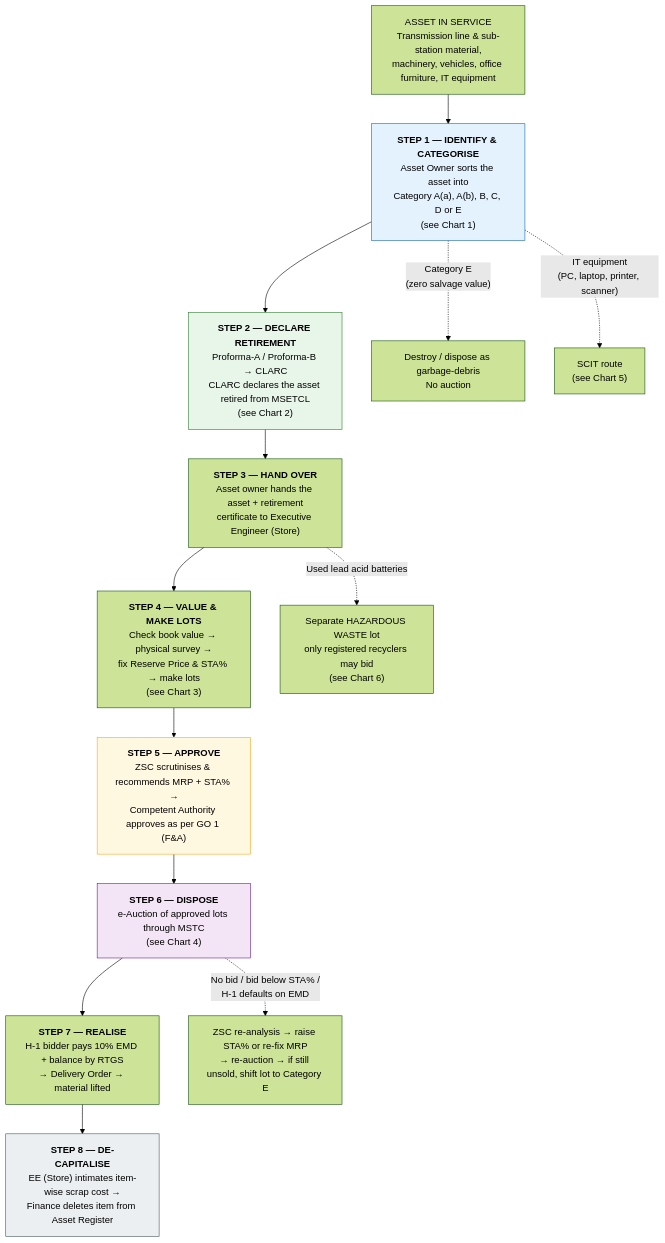
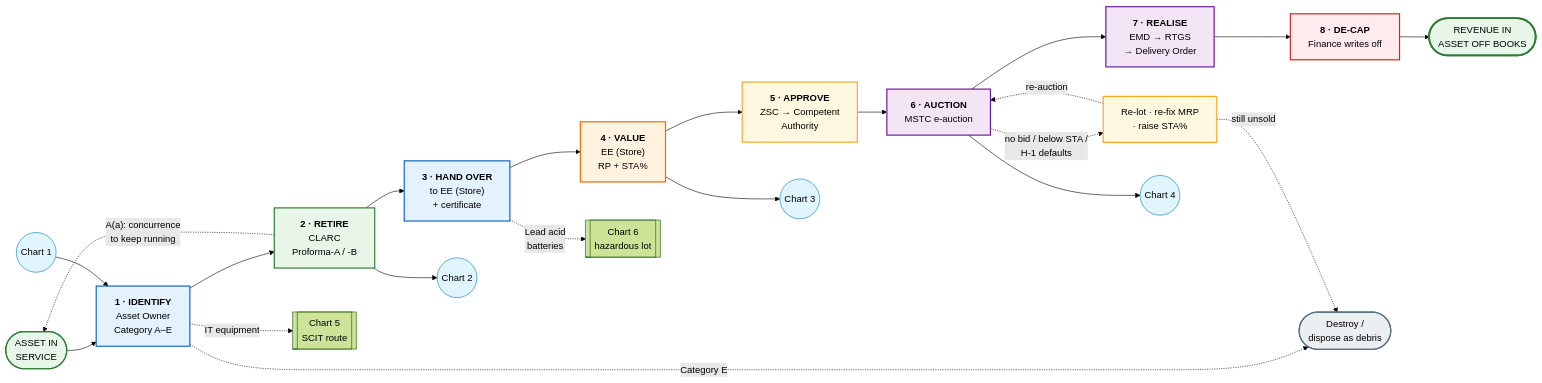
The second of 10 diagrams in docs/flowchart.md (piyush4315/08.09.2026), drawn with Mermaid (forest theme) before and after one commit. The commit also changed other lines of this file and 2 other files, not shown here.

Commit message:
Redraw policy flow charts as diagrammatic flowcharts with standard symbols

````diff
--- a/docs/flowchart.md
+++ b/docs/flowchart.md
@@ -17,23 +51,42 @@
 ```mermaid
-flowchart TD
-    A["ASSET IN SERVICE<br/>Transmission line &amp; sub-station material,<br/>machinery, vehicles, office furniture, IT equipment"]
-    A --> B["<b>STEP 1 — IDENTIFY &amp; CATEGORISE</b><br/>Asset Owner sorts the asset into<br/>Category A(a), A(b), B, C, D or E<br/>(see Chart 1)"]
-    B --> C["<b>STEP 2 — DECLARE RETIREMENT</b><br/>Proforma-A / Proforma-B → CLARC<br/>CLARC declares the asset retired from MSETCL<br/>(see Chart 2)"]
-    C --> D["<b>STEP 3 — HAND OVER</b><br/>Asset owner hands the asset + retirement<br/>certificate to Executive Engineer (Store)"]
-    D --> E["<b>STEP 4 — VALUE &amp; MAKE LOTS</b><br/>Check book value → physical survey →<br/>fix Reserve Price &amp; STA% → make lots<br/>(see Chart 3)"]
-    E --> F["<b>STEP 5 — APPROVE</b><br/>ZSC scrutinises &amp; recommends MRP + STA% →<br/>Competent Authority approves as per GO 1 (F&amp;A)"]
-    F --> G["<b>STEP 6 — DISPOSE</b><br/>e-Auction of approved lots through MSTC<br/>(see Chart 4)"]
-    G --> H["<b>STEP 7 — REALISE</b><br/>H-1 bidder pays 10% EMD + balance by RTGS<br/>→ Delivery Order → material lifted"]
-    H --> I["<b>STEP 8 — DE-CAPITALISE</b><br/>EE (Store) intimates item-wise scrap cost →<br/>Finance deletes item from Asset Register"]
+flowchart LR
+    START(["ASSET IN<br/>SERVICE"]) --> S1["<b>1 · IDENTIFY</b><br/>Asset Owner<br/>Category A–E"]
+    S1 --> S2["<b>2 · RETIRE</b><br/>CLARC<br/>Proforma-A / -B"]
+    S2 --> S3["<b>3 · HAND OVER</b><br/>to EE (Store)<br/>+ certificate"]
+    S3 --> S4["<b>4 · VALUE</b><br/>EE (Store)<br/>RP + STA%"]
+    S4 --> S5["<b>5 · APPROVE</b><br/>ZSC → Competent<br/>Authority"]
+    S5 --> S6["<b>6 · AUCTION</b><br/>MSTC e-auction"]
+    S6 --> S7["<b>7 · REALISE</b><br/>EMD → RTGS<br/>→ Delivery Order"]
+    S7 --> S8["<b>8 · DE-CAP</b><br/>Finance writes off"]
+    S8 --> FINISH(["REVENUE IN<br/>ASSET OFF BOOKS"])
 
-    B -.->|"Category E<br/>(zero salvage value)"| X["Destroy / dispose as garbage-debris<br/>No auction"]
-    B -.->|"IT equipment<br/>(PC, laptop, printer, scanner)"| IT["SCIT route<br/>(see Chart 5)"]
-    D -.->|"Used lead acid batteries"| BT["Separate HAZARDOUS WASTE lot<br/>only registered recyclers may bid<br/>(see Chart 6)"]
-    G -.->|"No bid / bid below STA% /<br/>H-1 defaults on EMD"| R["ZSC re-analysis → raise STA% or re-fix MRP<br/>→ re-auction → if still unsold, shift lot to Category E"]
+    S2 -.->|"A(a): concurrence<br/>to keep running"| START
+    S1 -.->|"Category E"| KILL(["Destroy /<br/>dispose as debris"])
+    S1 -.->|"IT equipment"| IT[["Chart 5<br/>SCIT route"]]
+    S3 -.->|"Lead acid<br/>batteries"| HAZ[["Chart 6<br/>hazardous lot"]]
+    S6 -.->|"no bid / below STA /<br/>H-1 defaults"| RE["Re-lot · re-fix MRP<br/>· raise STA%"]
+    RE -.->|"re-auction"| S6
+    RE -.->|"still unsold"| KILL
 
-    style B fill:#e3f2fd,stroke:#1565c0
-    style C fill:#e8f5e9,stroke:#2e7d32
-    style F fill:#fff8e1,stroke:#f9a825
-    style G fill:#f3e5f5,stroke:#6a1b9a
-    style I fill:#eceff1,stroke:#455a64
+    START2(("Chart 1")) --> S1
+    S2 --> C2(("Chart 2"))
+    S4 --> C3(("Chart 3"))
+    S6 --> C4(("Chart 4"))
+
+    style S1 fill:#e3f2fd,stroke:#1565c0,stroke-width:2px
+    style S2 fill:#e8f5e9,stroke:#2e7d32,stroke-width:2px
+    style S3 fill:#e3f2fd,stroke:#1565c0,stroke-width:2px
+    style S4 fill:#fff3e0,stroke:#ef6c00,stroke-width:2px
+    style S5 fill:#fff8e1,stroke:#f9a825,stroke-width:2px
+    style S6 fill:#f3e5f5,stroke:#6a1b9a,stroke-width:2px
+    style S7 fill:#f3e5f5,stroke:#6a1b9a,stroke-width:2px
+    style S8 fill:#ffebee,stroke:#c62828,stroke-width:2px
+    style START fill:#e8f5e9,stroke:#2e7d32,stroke-width:2px
+    style FINISH fill:#e8f5e9,stroke:#2e7d32,stroke-width:3px
+    style KILL fill:#eceff1,stroke:#546e7a,stroke-width:2px
+    style RE fill:#fff8e1,stroke:#f9a825,stroke-width:2px
+    style START2 fill:#e1f5fe,stroke:#0277bd
+    style C2 fill:#e1f5fe,stroke:#0277bd
+    style C3 fill:#e1f5fe,stroke:#0277bd
+    style C4 fill:#e1f5fe,stroke:#0277bd
 ```
````
